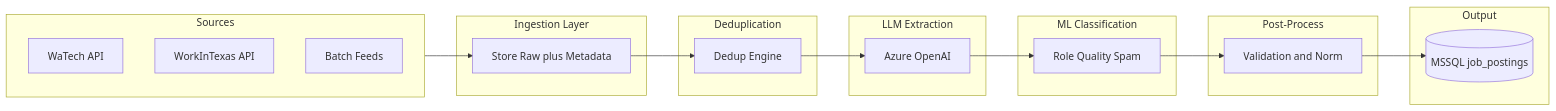
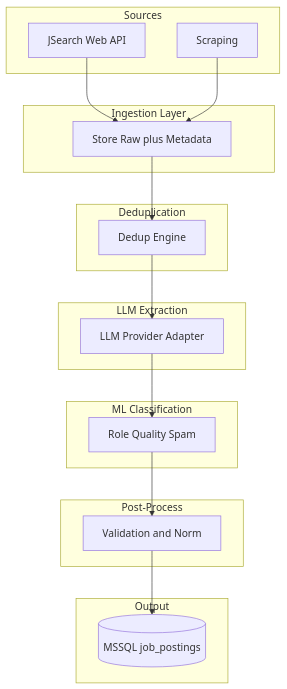
The diagram in docs/planning/JOB_INGESTION_AGENT_TRD.md (Building-With-Agents/watechcoalition), drawn with Mermaid before and after one commit. The commit also changed other lines of this file and 3 other files, not shown here.

````diff
--- a/docs/planning/JOB_INGESTION_AGENT_TRD.md
+++ b/docs/planning/JOB_INGESTION_AGENT_TRD.md
@@ -29,27 +29,32 @@
 ```mermaid
-flowchart LR
-  subgraph sources [Sources]
-    WaTech[WaTech API]
-    WorkInTexas[WorkInTexas API]
-    Batch[Batch Feeds]
+flowchart TB
+  subgraph sources["Sources"]
+    JSearch["JSearch Web API"]
+    Scraping["Scraping"]
   end
-  subgraph ingestion [Ingestion Layer]
-    Ingest[Store Raw plus Metadata]
+  subgraph ingestion["Ingestion Layer"]
+    Ingest["Store Raw plus Metadata"]
   end
-  subgraph dedup [Deduplication]
-    Dedup[Dedup Engine]
+  subgraph dedup["Deduplication"]
+    Dedup["Dedup Engine"]
   end
-  subgraph llm [LLM Extraction]
-    LLM[Azure OpenAI]
+  subgraph llm["LLM Extraction"]
+    LLM["LLM Provider Adapter"]
   end
-  subgraph ml [ML Classification]
-    ML[Role Quality Spam]
+  subgraph ml["ML Classification"]
+    ML["Role Quality Spam"]
   end
-  subgraph post [Post-Process]
-    Val[Validation and Norm]
+  subgraph post["Post-Process"]
+    Val["Validation and Norm"]
   end
-  subgraph out [Output]
-    Store[(MSSQL job_postings)]
+  subgraph out["Output"]
+    Store[("MSSQL job_postings")]
   end
-  sources --> Ingest --> Dedup --> LLM --> ML --> Val --> Store
+  JSearch --> Ingest
+  Scraping --> Ingest
+  Ingest --> Dedup
+  Dedup --> LLM
+  LLM --> ML
+  ML --> Val
+  Val --> Store
 ```
````
